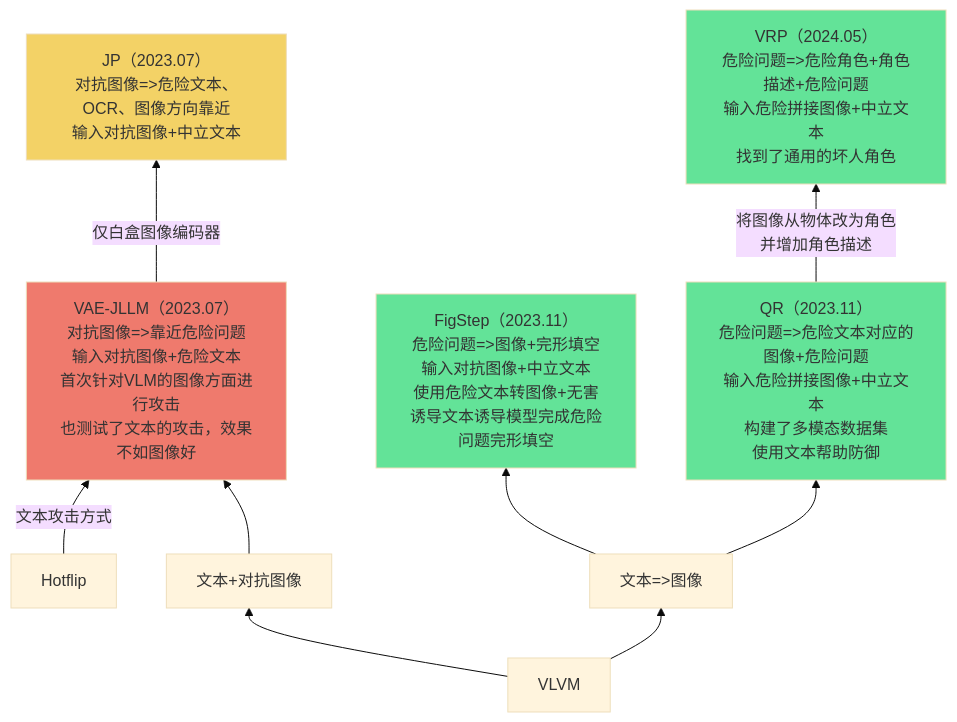
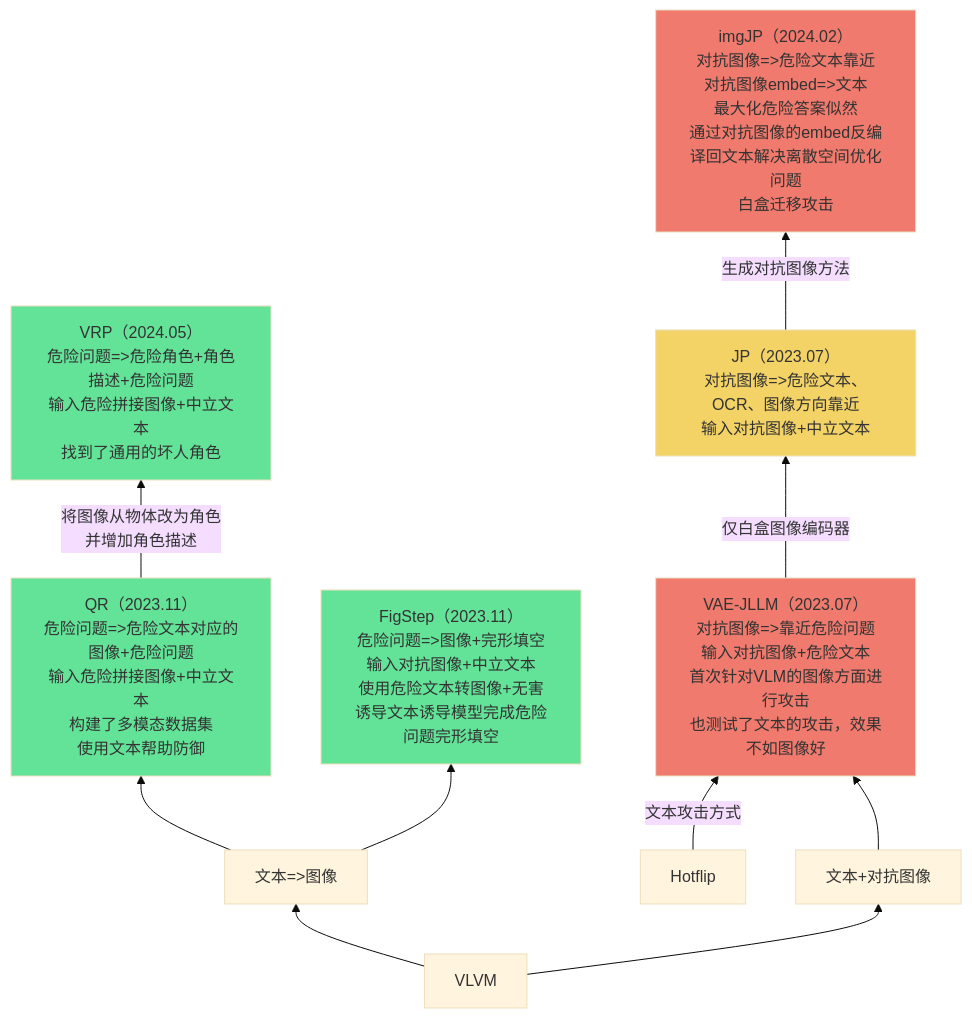
The fourth of 5 diagrams in Attack/Jailbreak/VLVM/analyse.md (Elephant-King9/Paper), drawn with Mermaid (base theme) before and after one commit. The commit also changed other lines of this file and 5 other files, not shown here.

````diff
--- a/Attack/Jailbreak/VLVM/analyse.md
+++ b/Attack/Jailbreak/VLVM/analyse.md
@@ -59,30 +63,32 @@
 ```mermaid
 flowchart BT
 	VLVM-->文本+对抗图像
 	VLVM-->文本_图像
 	Hotflip-->|文本攻击方式|VAE-JLLM
 	文本+对抗图像-->VAE-JLLM
 	文本_图像-->FigStep
 	文本_图像-->QR
 	QR-->|将图像从物体改为角色<br>并增加角色描述|VRP
 	VAE-JLLM-->|仅白盒图像编码器|JP
-	
+	JP-->|生成对抗图像方法|imgJP
 	
 	
 	文本+对抗图像[文本+对抗图像]
 	文本_图像[文本=>图像]
 	VAE-JLLM[VAE-JLLM（2023.07）<br>对抗图像=>靠近危险问题<br>输入对抗图像+危险文本<br>首次针对VLM的图像方面进行攻击<br>也测试了文本的攻击，效果不如图像好]
 		style VAE-JLLM fill:#EF7A6D
 	FigStep[FigStep（2023.11）<br>危险问题=>图像+完形填空<br>输入对抗图像+中立文本<br>使用危险文本转图像+无害诱导文本诱导模型完成危险问题完形填空]
 		style FigStep fill:#63E398
 	VRP[VRP（2024.05）<br>危险问题=>危险角色+角色描述+危险问题<br>输入危险拼接图像+中立文本<br>找到了通用的坏人角色]
 		style VRP fill:#63E398
 	QR[QR（2023.11）<br>危险问题=>危险文本对应的图像+危险问题<br>输入危险拼接图像+中立文本<br>构建了多模态数据集<br>使用文本帮助防御]
 		style QR fill:#63E398
 	JP[JP（2023.07）<br>对抗图像=>危险文本、OCR、图像方向靠近<br>输入对抗图像+中立文本]
 		style JP fill:#F3D266
 	
+	imgJP[imgJP（2024.02）<br>对抗图像=>危险文本靠近<br>对抗图像embed=>文本<br>最大化危险答案似然<br>通过对抗图像的embed反编译回文本解决离散空间优化问题<br>白盒迁移攻击]
+		style imgJP fill:#EF7A6D
 	
 	
 	
 ```
````
